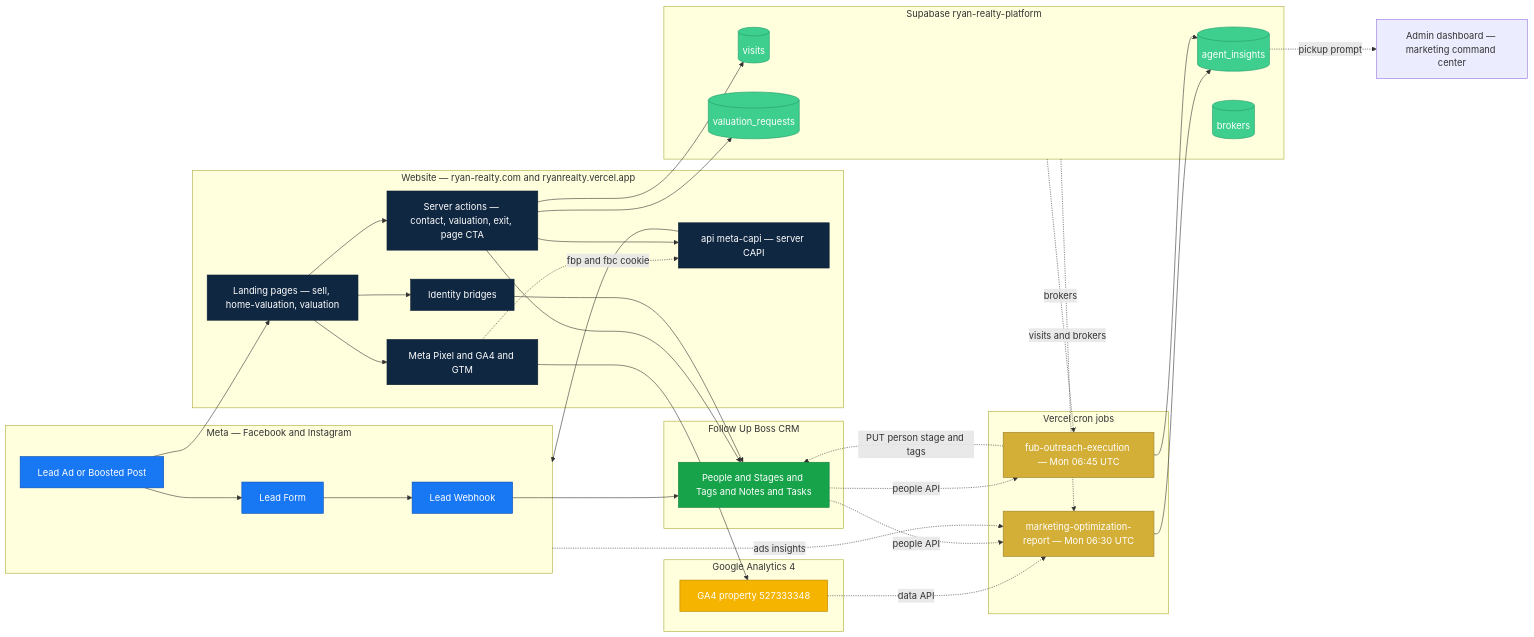
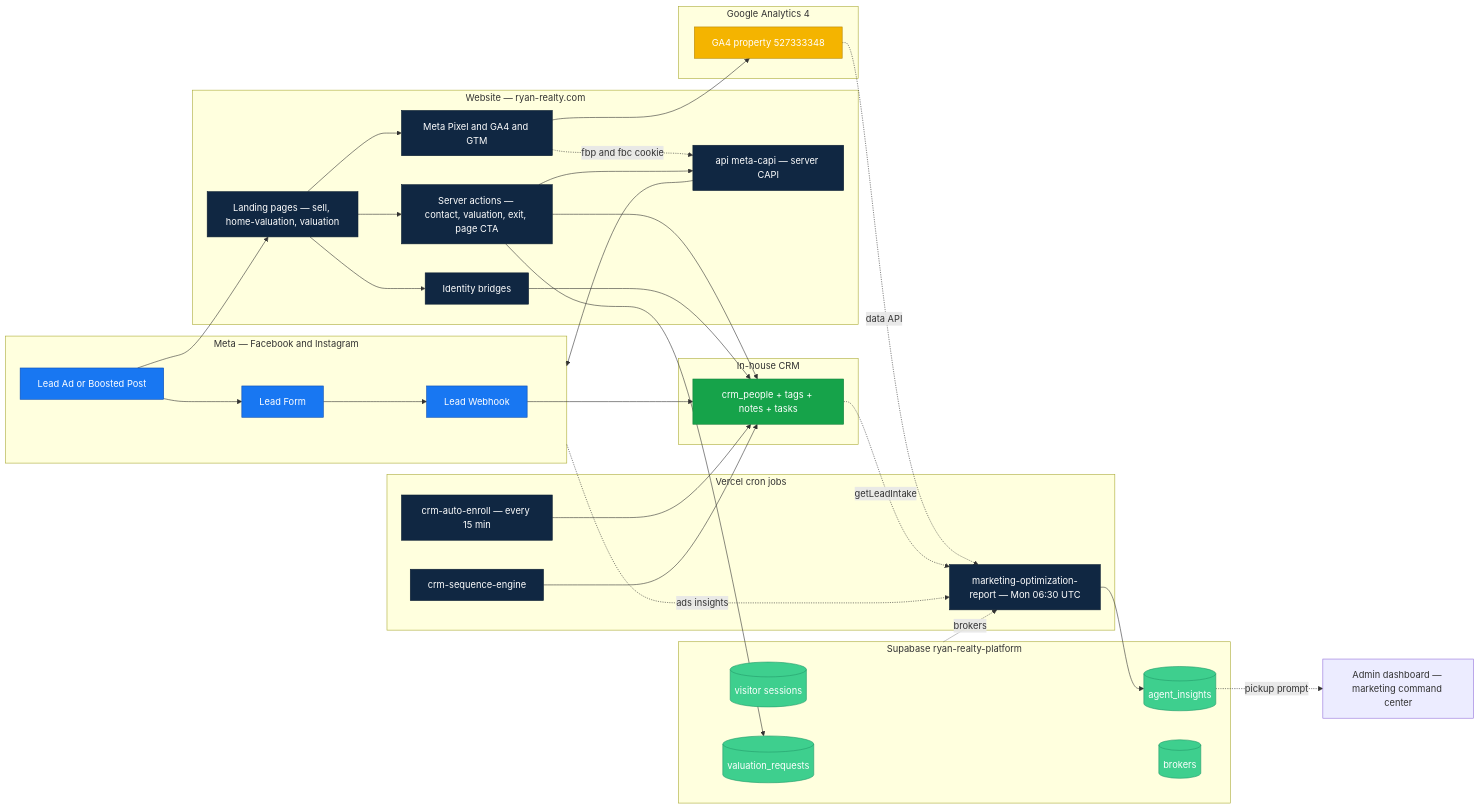
One commit to RyanRealty/RyanRealty changed the first of 9 diagrams in docs/FACEBOOK_SELLER_GROWTH_PIPELINE.md. Above: the diagram before and after it, drawn with Mermaid. The commit also changed other lines of this file and 10 other files, not shown here.

First line of the commit message:
docs: drop follow up boss from marketing playbooks

````diff
--- a/docs/FACEBOOK_SELLER_GROWTH_PIPELINE.md
+++ b/docs/FACEBOOK_SELLER_GROWTH_PIPELINE.md
@@ -34,76 +34,74 @@
 ```mermaid
 flowchart LR
     subgraph META["Meta — Facebook and Instagram"]
         FBAD["Lead Ad or Boosted Post"]
         FBLEAD["Lead Form"]
         FBLW["Lead Webhook"]
     end
 
-    subgraph SITE["Website — ryan-realty.com and ryanrealty.vercel.app"]
+    subgraph SITE["Website — ryan-realty.com"]
         LP["Landing pages — sell, home-valuation, valuation"]
         PIXEL["Meta Pixel and GA4 and GTM"]
         CAPI["api meta-capi — server CAPI"]
         IDBR["Identity bridges"]
         FORMS["Server actions — contact, valuation, exit, page CTA"]
     end
 
-    subgraph FUB["Follow Up Boss CRM"]
-        FUBPP["People and Stages and Tags and Notes and Tasks"]
+    subgraph CRM["In-house CRM"]
+        PEOPLE["crm_people + tags + notes + tasks"]
     end
 
     subgraph SUPA["Supabase ryan-realty-platform"]
-        VIS[(visits)]
+        VIS[(visitor sessions)]
         VAL[(valuation_requests)]
         AI[(agent_insights)]
         BRK[(brokers)]
     end
 
     subgraph CRON["Vercel cron jobs"]
         MOR["marketing-optimization-report — Mon 06:30 UTC"]
-        FOE["fub-outreach-execution — Mon 06:45 UTC"]
+        ENR["crm-auto-enroll — every 15 min"]
+        SEQ["crm-sequence-engine"]
     end
 
     subgraph GA["Google Analytics 4"]
         GA4["GA4 property 527333348"]
     end
 
     FBAD --> FBLEAD
     FBLEAD --> FBLW
-    FBLW --> FUBPP
+    FBLW --> PEOPLE
     FBAD --> LP
     LP --> PIXEL
     LP --> IDBR
     LP --> FORMS
     PIXEL --> GA4
     PIXEL -. fbp and fbc cookie .-> CAPI
-    FORMS --> FUBPP
+    FORMS --> PEOPLE
     FORMS --> CAPI
-    FORMS --> VIS
     FORMS --> VAL
     CAPI --> META
-    IDBR --> FUBPP
+    IDBR --> PEOPLE
     GA4 -. data API .-> MOR
     META -. ads insights .-> MOR
-    FUBPP -. people API .-> MOR
-    FUBPP -. people API .-> FOE
-    SUPA -. visits and brokers .-> MOR
-    SUPA -. brokers .-> FOE
+    PEOPLE -. getLeadIntake .-> MOR
+    SUPA -. brokers .-> MOR
+    ENR --> PEOPLE
+    SEQ --> PEOPLE
     MOR --> AI
-    FOE --> AI
-    FOE -. PUT person stage and tags .-> FUBPP
     AI -. pickup prompt .-> ADMIN["Admin dashboard — marketing command center"]
 
     classDef meta fill:#1877F2,stroke:#0a4cb3,color:#fff
     classDef site fill:#102742,stroke:#0a1c30,color:#fff
-    classDef fub fill:#16a34a,stroke:#15803d,color:#fff
+    classDef crm fill:#16a34a,stroke:#15803d,color:#fff
     classDef supa fill:#3ECF8E,stroke:#249b6a,color:#fff
-    classDef cron fill:#D4AF37,stroke:#9a7d27,color:#fff
+    classDef cron fill:#102742,stroke:#0a1c30,color:#fff
     classDef ga fill:#F4B400,stroke:#b58300,color:#fff
 
     class FBAD,FBLEAD,FBLW meta
     class LP,PIXEL,CAPI,IDBR,FORMS site
-    class FUBPP fub
+    class PEOPLE crm
     class VIS,VAL,AI,BRK supa
-    class MOR,FOE cron
+    class MOR,ENR,SEQ cron
     class GA4 ga
 ```
````
